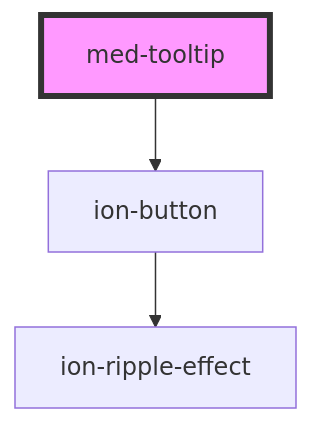
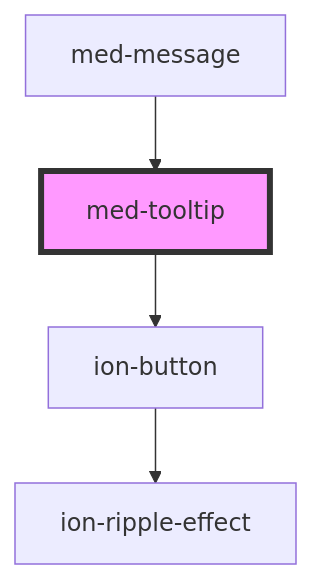
The diagram in core/src/components/00-autoral/global/med-tooltip/readme.md (ionic-team/ionic-framework), drawn with Mermaid before and after one commit. The commit also changed other lines of this file and 115 other files, not shown here.

````diff
--- a/core/src/components/00-autoral/global/med-tooltip/readme.md
+++ b/core/src/components/00-autoral/global/med-tooltip/readme.md
@@ -48,6 +52,7 @@
 ```mermaid
 graph TD;
   med-tooltip --> ion-button
   ion-button --> ion-ripple-effect
+  med-message --> med-tooltip
   style med-tooltip fill:#f9f,stroke:#333,stroke-width:4px
 ```
````
